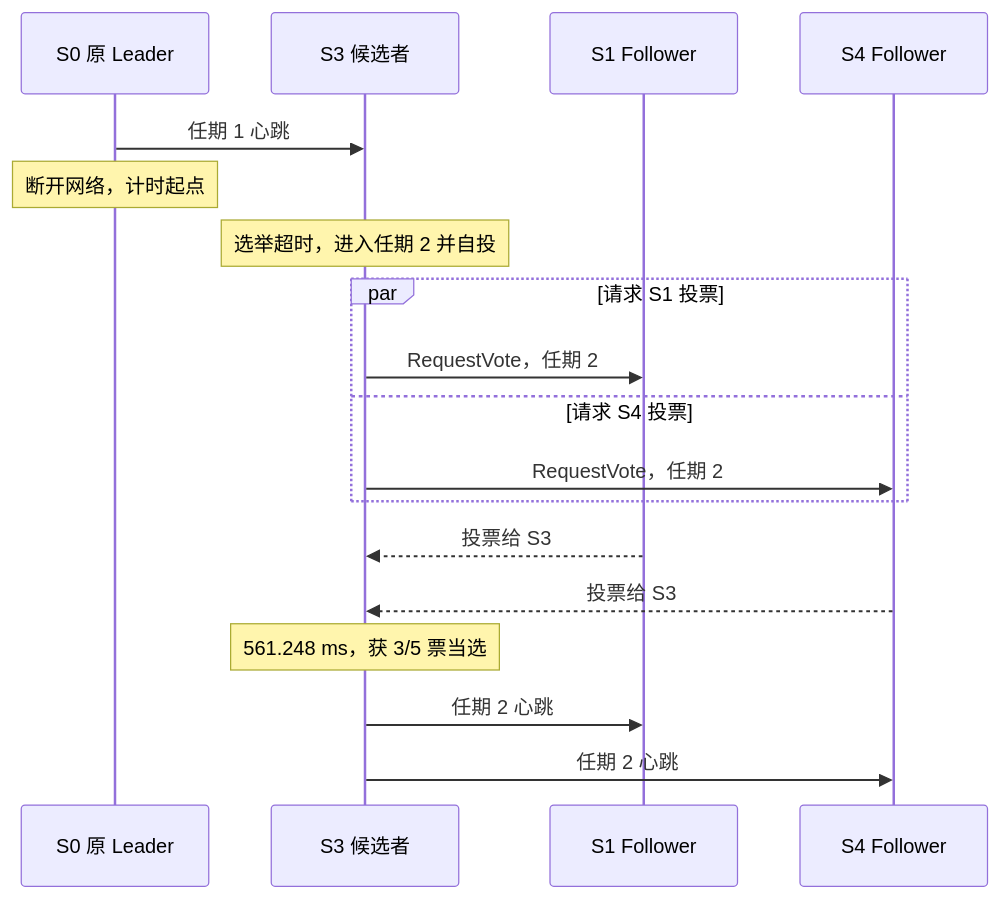
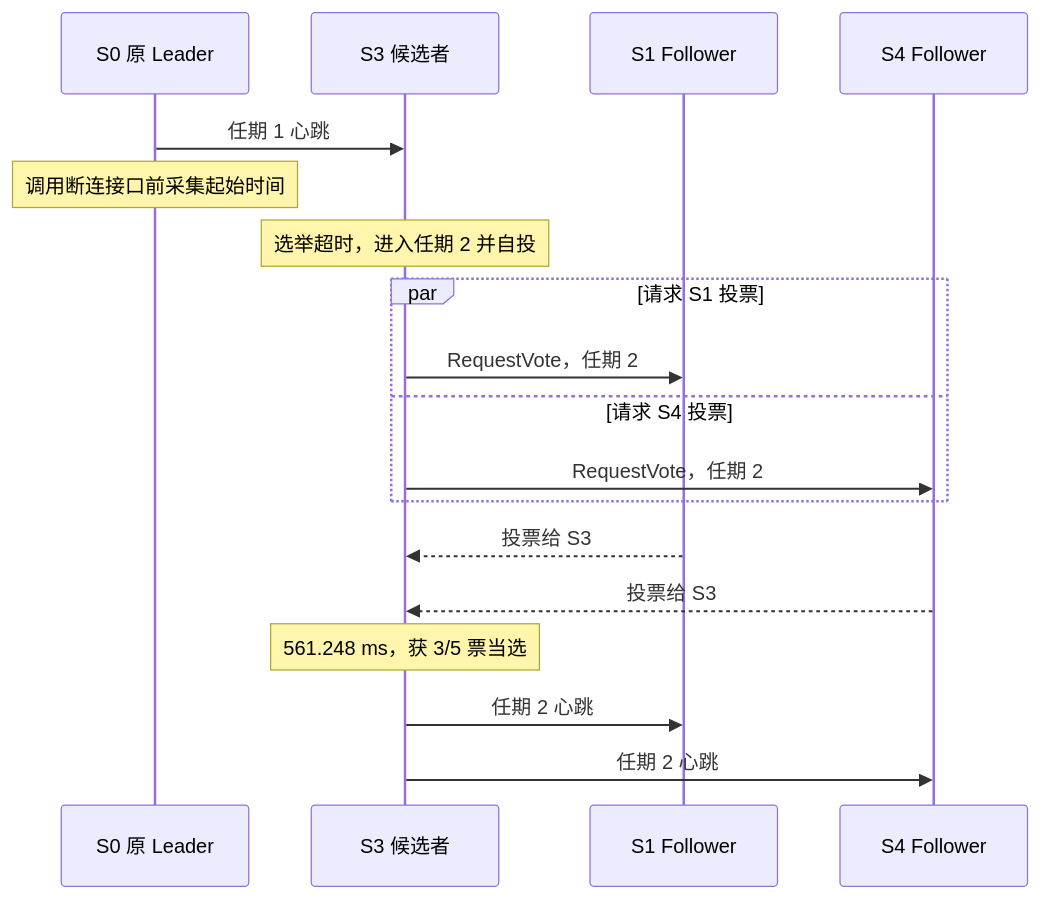
The second of 2 diagrams in 实验2/实验报告.md (Amen-ai36/ds), drawn with Mermaid before and after one commit. The commit also changed other lines of this file, not shown here.

````diff
--- a/实验2/实验报告.md
+++ b/实验2/实验报告.md
@@ -39,21 +41,21 @@
 ```mermaid
 sequenceDiagram
     participant S0 as S0 原 Leader
     participant S3 as S3 候选者
     participant S1 as S1 Follower
     participant S4 as S4 Follower
 
     S0->>S3: 任期 1 心跳
-    Note over S0: 断开网络，计时起点
+    Note over S0: 调用断连接口前采集起始时间
     Note over S3: 选举超时，进入任期 2 并自投
     par 请求 S1 投票
         S3->>S1: RequestVote，任期 2
     and 请求 S4 投票
         S3->>S4: RequestVote，任期 2
     end
     S1-->>S3: 投票给 S3
     S4-->>S3: 投票给 S3
     Note over S3: 561.248 ms，获 3/5 票当选
     S3->>S1: 任期 2 心跳
     S3->>S4: 任期 2 心跳
 ```
````
